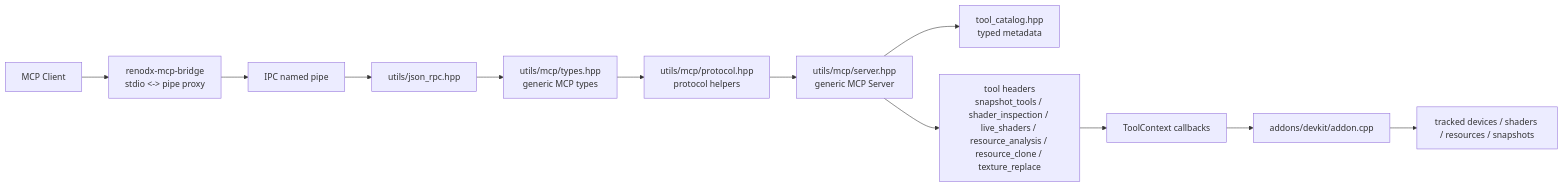
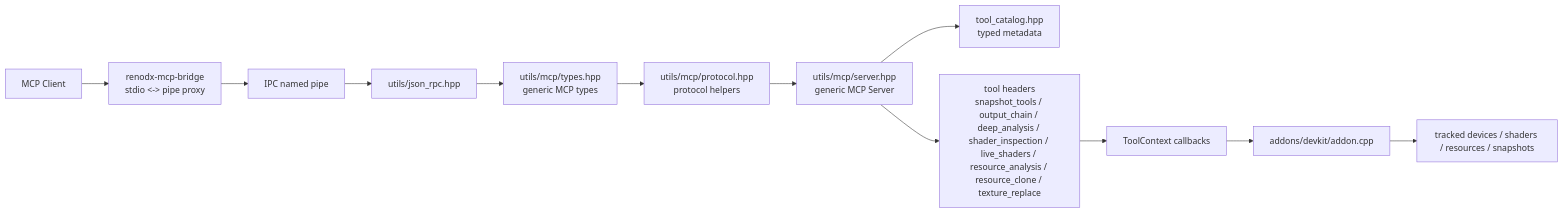
Before and after one commit to Lostpold88/renodx: the first of 2 diagrams in src/addons/devkit/mcp/README.md, drawn with Mermaid. The commit also changed other lines of this file and 20 other files, not shown here.

````diff
--- a/src/addons/devkit/mcp/README.md
+++ b/src/addons/devkit/mcp/README.md
@@ -19,27 +19,27 @@
 ```mermaid
 flowchart LR
     Client["MCP Client"]
     Bridge["renodx-mcp-bridge<br/>stdio <-> pipe proxy"]
     Pipe["IPC named pipe"]
     Rpc["utils/json_rpc.hpp"]
     Types["utils/mcp/types.hpp<br/>generic MCP types"]
     Protocol["utils/mcp/protocol.hpp<br/>protocol helpers"]
     Server["utils/mcp/server.hpp<br/>generic MCP Server"]
     Catalog["tool_catalog.hpp<br/>typed metadata"]
-    Handlers["tool headers<br/>snapshot_tools / shader_inspection / live_shaders / resource_analysis / resource_clone / texture_replace"]
+    Handlers["tool headers<br/>snapshot_tools / output_chain / deep_analysis / shader_inspection / live_shaders / resource_analysis / resource_clone / texture_replace"]
     Context["ToolContext callbacks"]
     Addon["addons/devkit/addon.cpp"]
     Runtime["tracked devices / shaders / resources / snapshots"]
 
     Client --> Bridge
     Bridge --> Pipe
     Pipe --> Rpc
     Rpc --> Types
     Types --> Protocol
     Protocol --> Server
     Server --> Catalog
     Server --> Handlers
     Handlers --> Context
     Context --> Addon
     Addon --> Runtime
 ```
````
